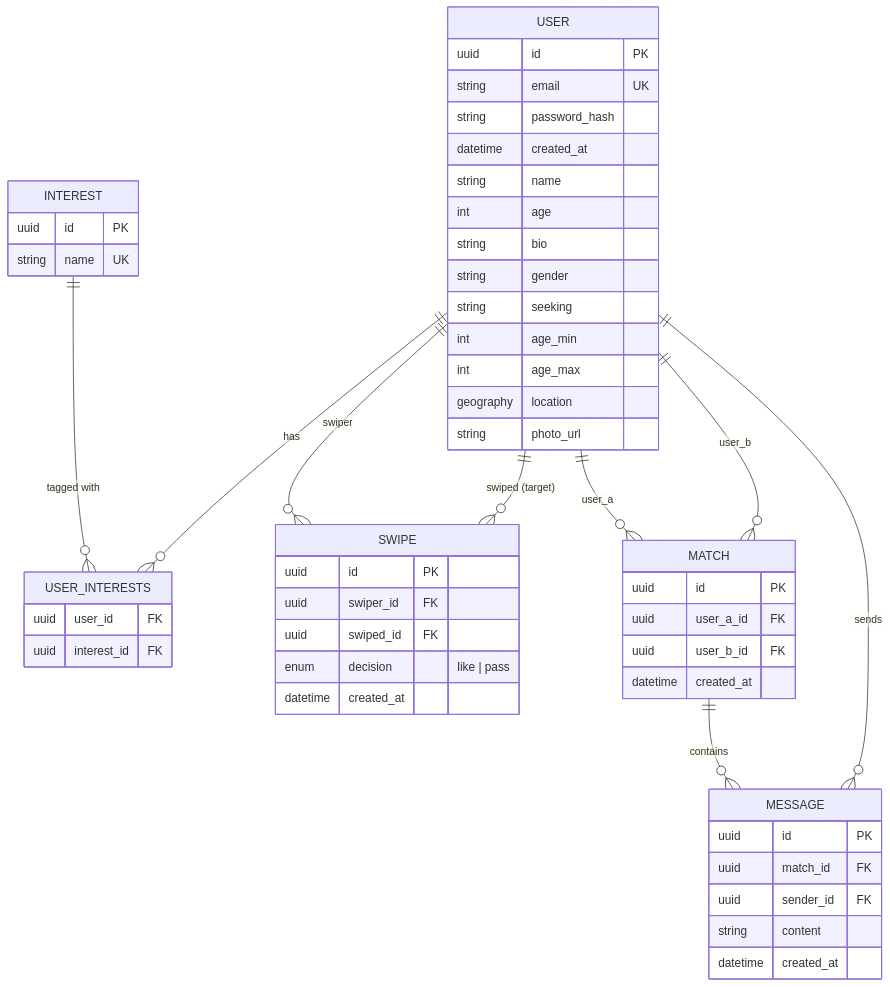
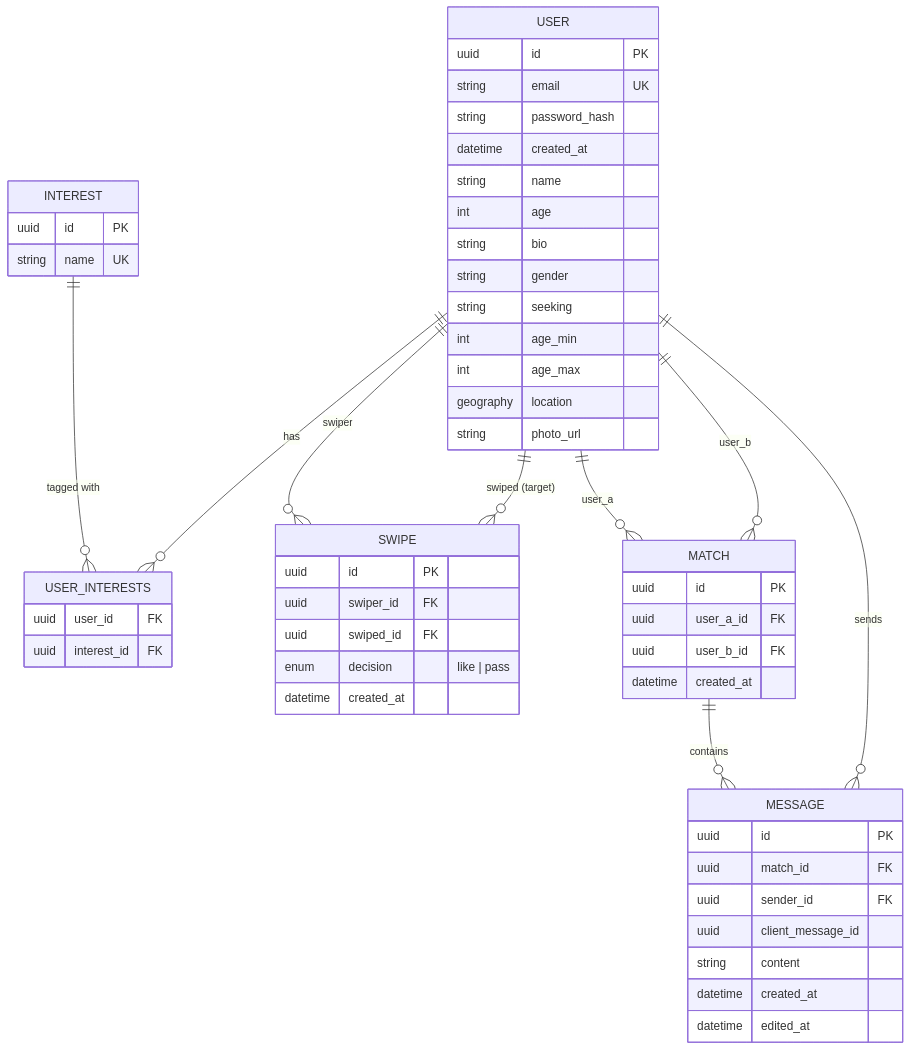
One commit to Mr-Chekaut-Dungeon-IM-42/kpinder-02 changed the diagram in spec.md. Above: the diagram before and after it, drawn with Mermaid. The commit also changed other lines of this file and 109 other files, not shown here.

````diff
--- a/spec.md
+++ b/spec.md
@@ -39,55 +39,57 @@
 ```mermaid
 erDiagram
       USER ||--o{ USER_INTERESTS : "has"
       INTEREST ||--o{ USER_INTERESTS : "tagged with"
       USER ||--o{ SWIPE : "swiper"
       USER ||--o{ SWIPE : "swiped (target)"
       USER ||--o{ MATCH : "user_a"
       USER ||--o{ MATCH : "user_b"
       MATCH ||--o{ MESSAGE : contains
       USER ||--o{ MESSAGE : sends
 
       USER {
           uuid id PK
           string email UK
           string password_hash
           datetime created_at
           string name
           int age
           string bio
           string gender
           string seeking
           int age_min
           int age_max
           geography location
           string photo_url
       }
       INTEREST {
           uuid id PK
           string name UK
       }
       USER_INTERESTS {
           uuid user_id FK
           uuid interest_id FK
       }
       SWIPE {
           uuid id PK
           uuid swiper_id FK
           uuid swiped_id FK
           enum decision "like | pass"
           datetime created_at
       }
       MATCH {
           uuid id PK
           uuid user_a_id FK
           uuid user_b_id FK
           datetime created_at
       }
       MESSAGE {
           uuid id PK
           uuid match_id FK
           uuid sender_id FK
+          uuid client_message_id
           string content
           datetime created_at
+          datetime edited_at
       }
 ```
````
